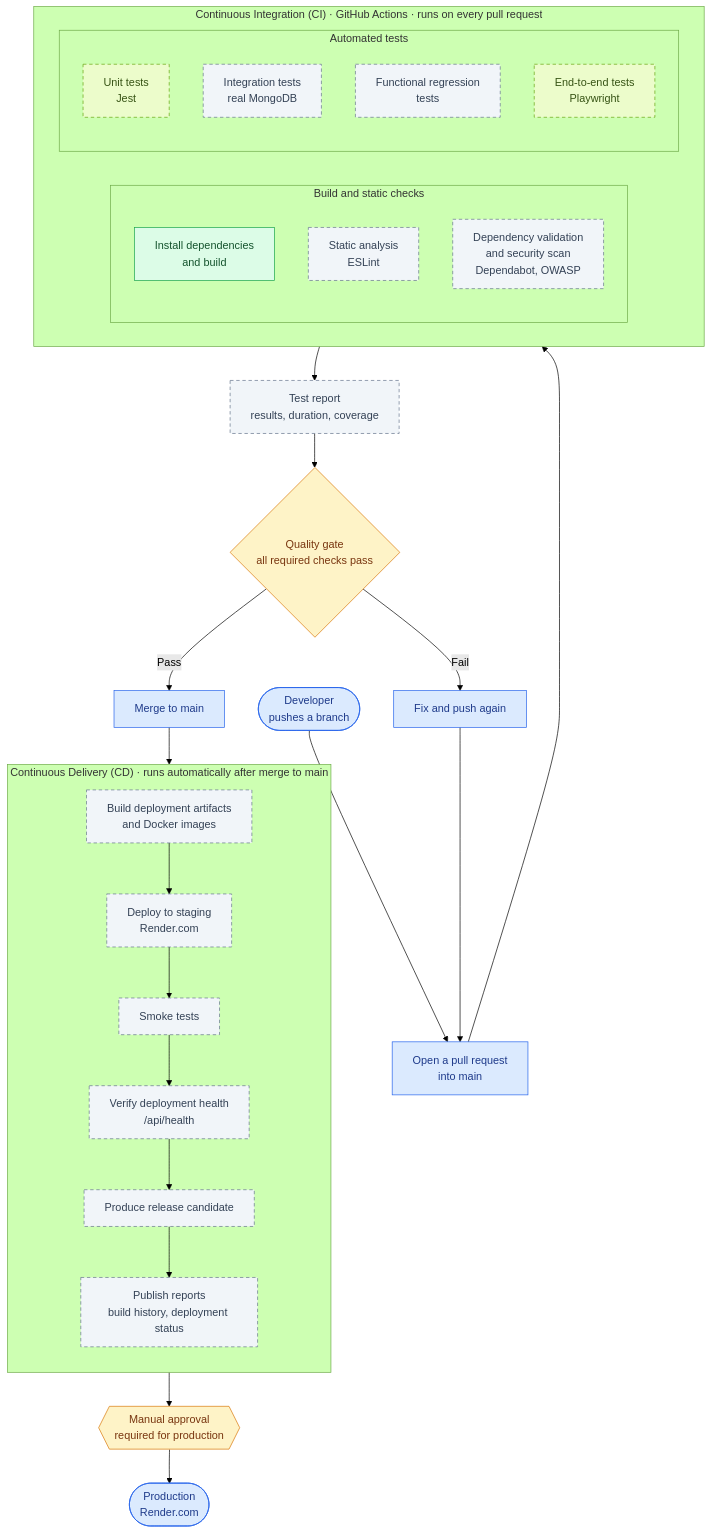
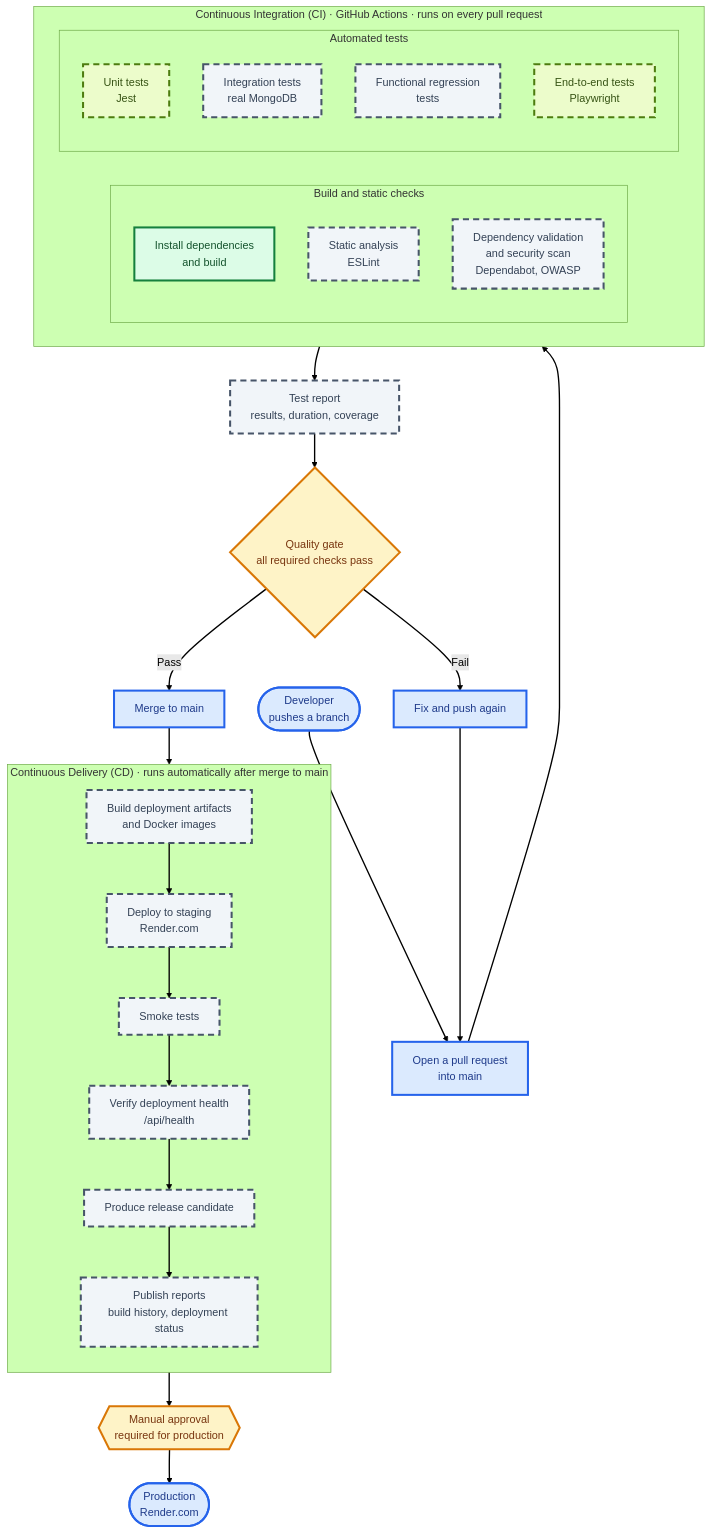
One commit to IT7993-FALL-2026-PEERS/ProjectPeerEvaluation changed the diagram in README.md. Above: the diagram before and after it, drawn with Mermaid (forest theme).

Commit message:
README: thicker borders and longer dashes in the CI/CD diagram

````diff
--- a/README.md
+++ b/README.md
@@ -55,55 +55,56 @@
 ```mermaid
 flowchart TB
     DEV(["Developer<br/>pushes a branch"]) --> PR["Open a pull request<br/>into main"]
 
     subgraph CI["Continuous Integration (CI) · GitHub Actions · runs on every pull request"]
         direction LR
         subgraph STATIC["Build and static checks"]
             direction TB
             BUILD_APP["Install dependencies<br/>and build"]
             LINT["Static analysis<br/>ESLint"]
             SEC["Dependency validation<br/>and security scan<br/>Dependabot, OWASP"]
         end
         subgraph TESTS["Automated tests"]
             direction TB
             UNIT["Unit tests<br/>Jest"]
             INTEG["Integration tests<br/>real MongoDB"]
             REG["Functional regression<br/>tests"]
             E2E["End-to-end tests<br/>Playwright"]
         end
     end
 
     PR --> CI
     CI --> REPORT["Test report<br/>results, duration, coverage"]
     REPORT --> GATE{"Quality gate<br/>all required checks pass"}
     GATE -- "Fail" --> FIX["Fix and push again"]
     FIX --> PR
     GATE -- "Pass" --> MERGE["Merge to main"]
 
     subgraph CD["Continuous Delivery (CD) · runs automatically after merge to main"]
         direction TB
         ARTIFACTS["Build deployment artifacts<br/>and Docker images"]
         STG["Deploy to staging<br/>Render.com"]
         SMOKE["Smoke tests"]
         HEALTH["Verify deployment health<br/>/api/health"]
         RC["Produce release candidate"]
         DREPORT["Publish reports<br/>build history, deployment status"]
         ARTIFACTS --> STG --> SMOKE --> HEALTH --> RC --> DREPORT
     end
 
     MERGE --> ARTIFACTS
     DREPORT --> APPROVE{{"Manual approval<br/>required for production"}}
     APPROVE --> PROD(["Production<br/>Render.com"])
 
-    classDef done fill:#dcfce7,stroke:#16a34a,color:#14532d
-    classDef partial fill:#ecfccb,stroke:#65a30d,color:#365314,stroke-dasharray: 5 4
-    classDef planned fill:#f1f5f9,stroke:#64748b,color:#334155,stroke-dasharray: 5 4
-    classDef gate fill:#fef3c7,stroke:#d97706,color:#78350f
-    classDef endpoint fill:#dbeafe,stroke:#2563eb,color:#1e3a8a
+    classDef done fill:#dcfce7,stroke:#15803d,color:#14532d,stroke-width:3px
+    classDef partial fill:#ecfccb,stroke:#4d7c0f,color:#365314,stroke-width:3px,stroke-dasharray: 9 6
+    classDef planned fill:#f1f5f9,stroke:#475569,color:#334155,stroke-width:3px,stroke-dasharray: 9 6
+    classDef gate fill:#fef3c7,stroke:#d97706,color:#78350f,stroke-width:3px
+    classDef endpoint fill:#dbeafe,stroke:#2563eb,color:#1e3a8a,stroke-width:3px
+    linkStyle default stroke-width:2px
 
     class BUILD_APP done
     class UNIT,E2E partial
     class LINT,SEC,INTEG,REG,REPORT,ARTIFACTS,STG,SMOKE,HEALTH,RC,DREPORT planned
     class GATE,APPROVE gate
     class DEV,PROD,PR,MERGE,FIX endpoint
 ```
````
